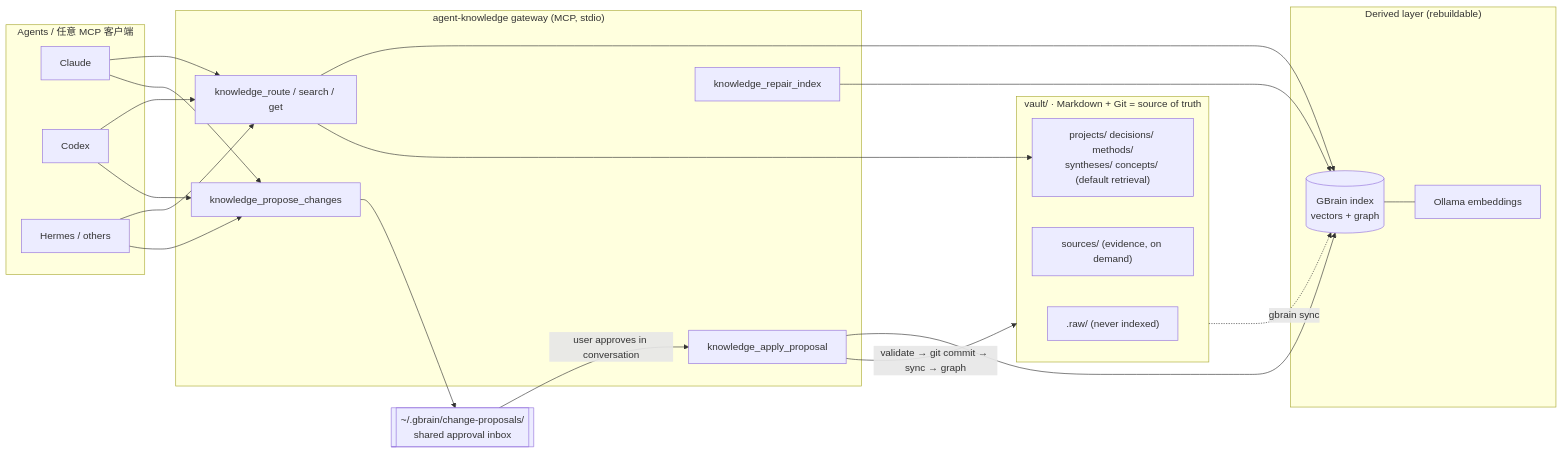
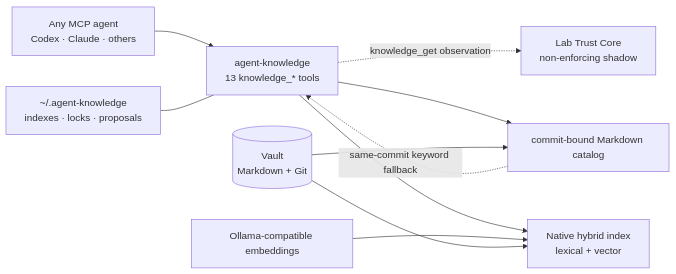
Before and after one commit to haorantang97/Personal-Ontology: the diagram in lab-ontology/README.md, drawn with Mermaid. The commit also changed other lines of this file and 51 other files, not shown here.

Commit message:
feat(ontology): publish native-only agent knowledge 1.8

````diff
--- a/lab-ontology/README.md
+++ b/lab-ontology/README.md
@@ -15,40 +14,12 @@
 ```mermaid
 flowchart LR
-    subgraph Agents["Agents / 任意 MCP 客户端"]
-        C[Claude]
-        X[Codex]
-        H[Hermes / others]
-    end
-
-    subgraph Gateway["agent-knowledge gateway (MCP, stdio)"]
-        R[knowledge_route / search / get]
-        P[knowledge_propose_changes]
-        A[knowledge_apply_proposal]
-        F[knowledge_repair_index]
-    end
-
-    subgraph Vault["vault/ · Markdown + Git = source of truth"]
-        RAW[".raw/ (never indexed)"]
-        SRC["sources/ (evidence, on demand)"]
-        RES["projects/ decisions/ methods/<br/>syntheses/ concepts/ (default retrieval)"]
-    end
-
-    subgraph Derived["Derived layer (rebuildable)"]
-        GB[(GBrain index<br/>vectors + graph)]
-        OL[Ollama embeddings]
-    end
-
-    Q[["~/.gbrain/change-proposals/<br/>shared approval inbox"]]
-
-    C & X & H --> R
-    C & X & H --> P
-    R --> GB
-    R --> RES
-    P --> Q
-    Q -- "user approves in conversation" --> A
-    A -- "validate → git commit → sync → graph" --> Vault
-    A --> GB
-    F --> GB
-    GB --- OL
-    Vault -. "gbrain sync" .-> GB
+    A["Any MCP agent<br/>Codex · Claude · others"] --> G["agent-knowledge<br/>13 knowledge_* tools"]
+    G --> C["commit-bound Markdown catalog"]
+    G --> N["Native hybrid index<br/>lexical + vector"]
+    E["Ollama-compatible embeddings"] --> N
+    V[("Vault<br/>Markdown + Git")] --> C
+    V --> N
+    C -. "same-commit keyword fallback" .-> G
+    Q["~/.agent-knowledge<br/>indexes · locks · proposals"] --- G
+    G -. "knowledge_get observation" .-> T["Lab Trust Core<br/>non-enforcing shadow"]
 ```
````
